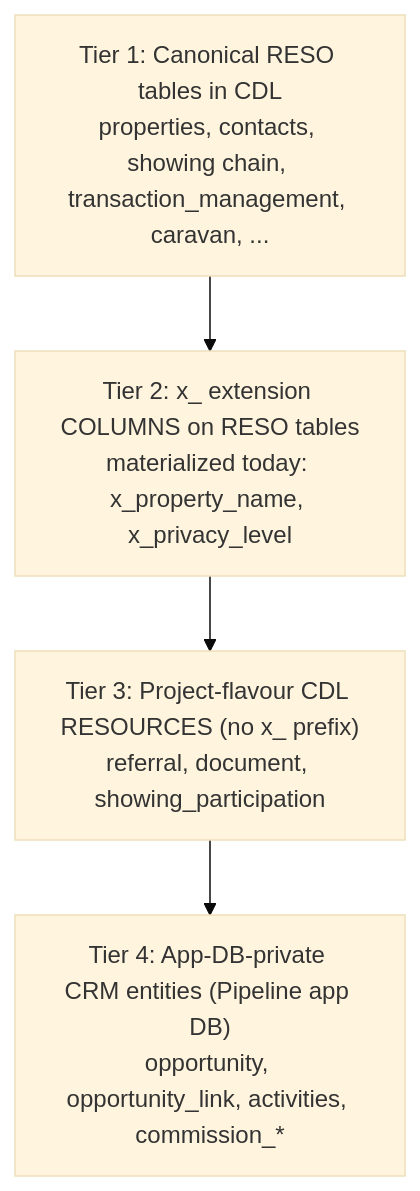
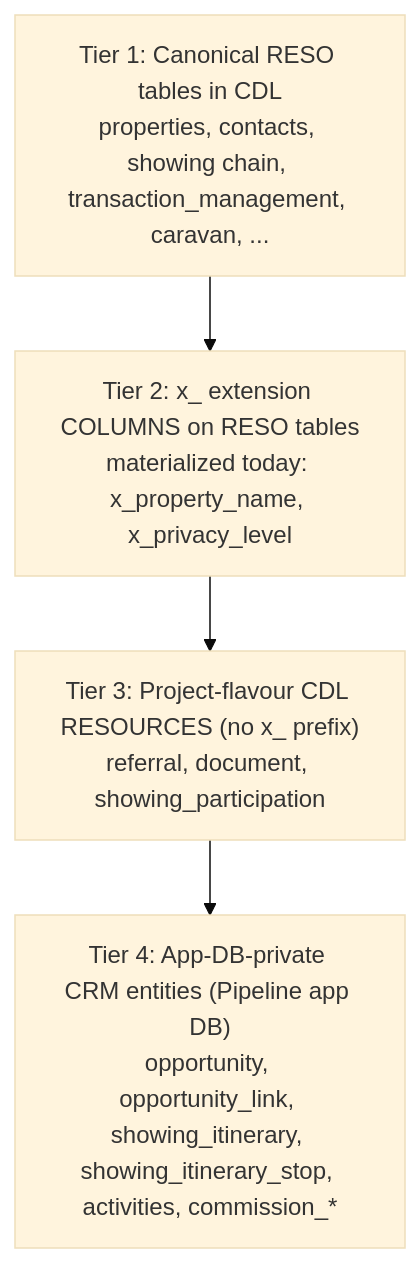
Before and after one commit to gca-global/matrix-platform-kb: the first of 3 diagrams in docs/data-models/reso-crm-opportunity-lifecycle-model.md, drawn with Mermaid (base theme). The commit also changed other lines of this file and 1 other file, not shown here.

First line of the commit message:
docs(data-models): model ShowingItinerary as App-DB-private Tier 4 resource

````diff
--- a/docs/data-models/reso-crm-opportunity-lifecycle-model.md
+++ b/docs/data-models/reso-crm-opportunity-lifecycle-model.md
@@ -135,8 +135,8 @@
 ```mermaid
 flowchart TB
   T1["Tier 1: Canonical RESO tables in CDL<br/>properties, contacts, showing chain, transaction_management, caravan, ..."]
   T2["Tier 2: x_ extension COLUMNS on RESO tables<br/>materialized today: x_property_name, x_privacy_level"]
   T3["Tier 3: Project-flavour CDL RESOURCES (no x_ prefix)<br/>referral, document, showing_participation"]
-  T4["Tier 4: App-DB-private CRM entities (Pipeline app DB)<br/>opportunity, opportunity_link, activities, commission_*"]
+  T4["Tier 4: App-DB-private CRM entities (Pipeline app DB)<br/>opportunity, opportunity_link, showing_itinerary, showing_itinerary_stop, activities, commission_*"]
   T1 --> T2 --> T3 --> T4
 ```
````
